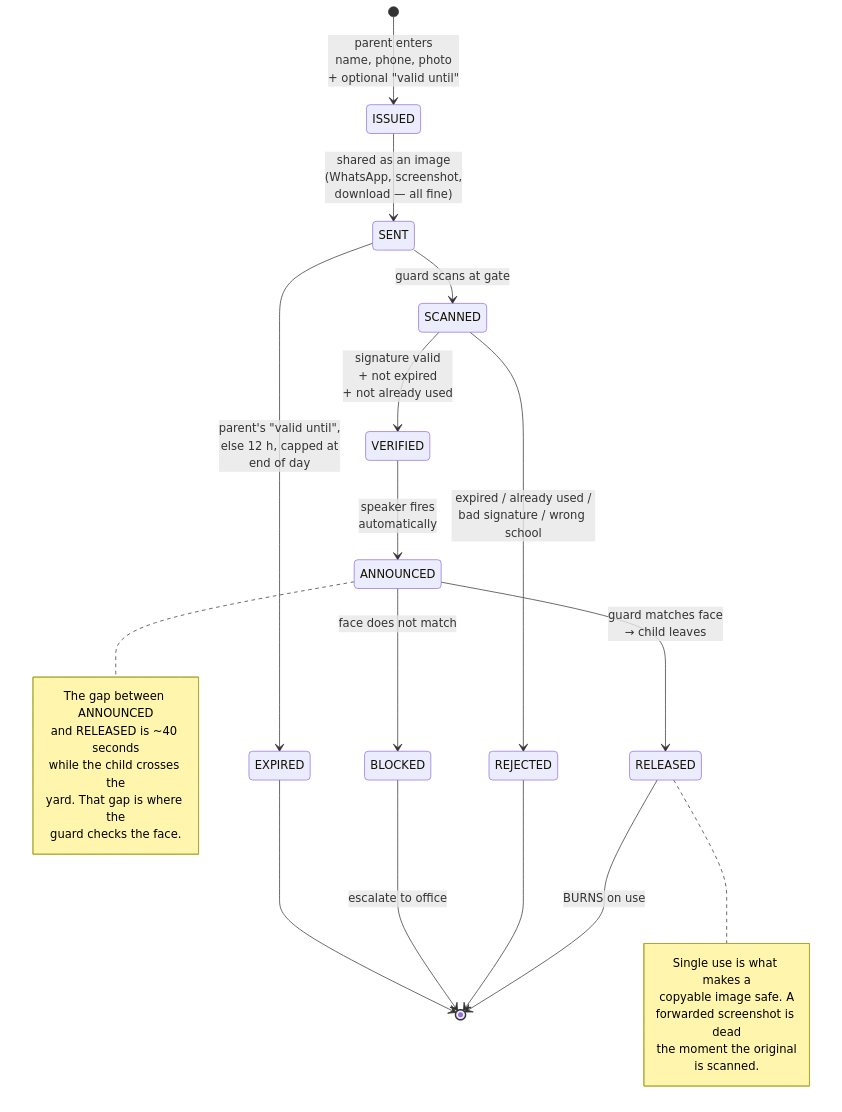
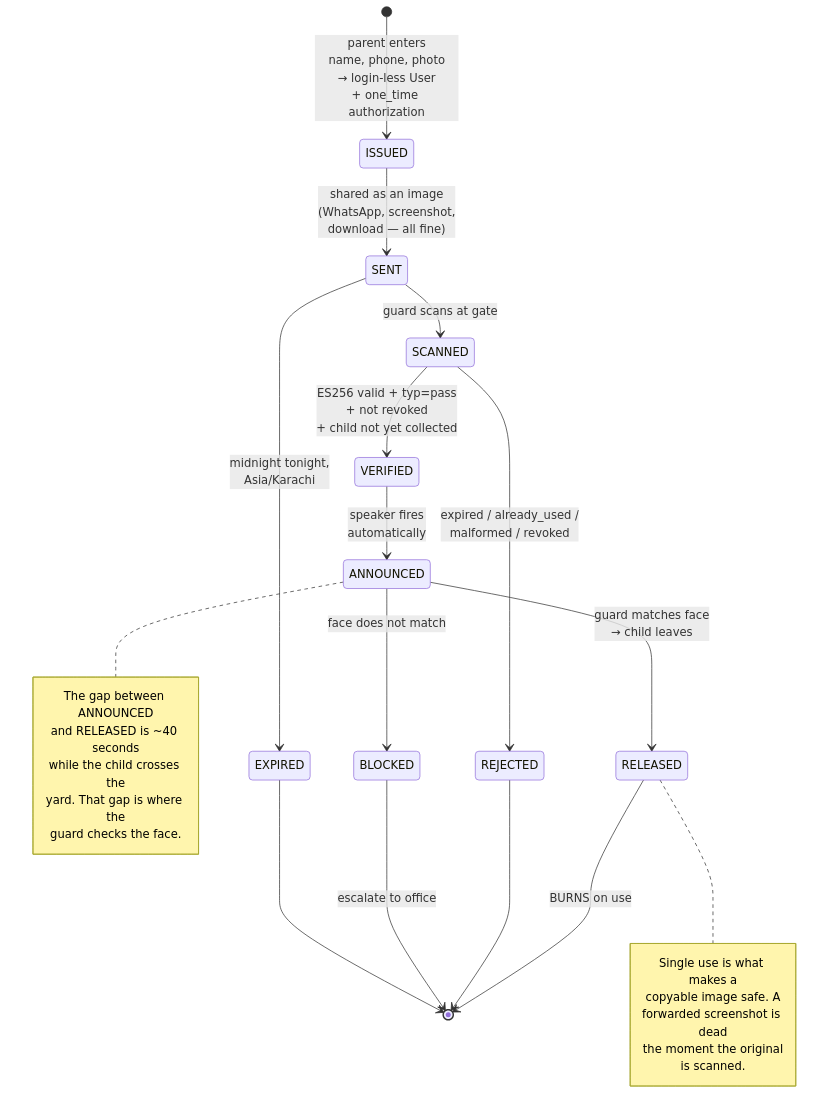
The sixth of 12 diagrams in docs/DIAGRAMS.md (Tehman700/Pasha_ICT_Project), drawn with Mermaid before and after one commit. The commit also changed other lines of this file, not shown here.

First line of the commit message:
Diagrams: notifications, shipped outsider pass, status vs 37c8487

````diff
--- a/docs/DIAGRAMS.md
+++ b/docs/DIAGRAMS.md
@@ -362,36 +372,36 @@
 ```mermaid
 stateDiagram-v2
-    [*] --> ISSUED: parent enters<br/>name, phone, photo<br/>+ optional "valid until"
+    [*] --> ISSUED: parent enters<br/>name, phone, photo<br/>→ login-less User<br/>+ one_time authorization
     ISSUED --> SENT: shared as an image<br/>(WhatsApp, screenshot,<br/>download — all fine)
     SENT --> SCANNED: guard scans at gate
 
-    SCANNED --> VERIFIED: signature valid<br/>+ not expired<br/>+ not already used
-    SCANNED --> REJECTED: expired / already used /<br/>bad signature / wrong school
+    SCANNED --> VERIFIED: ES256 valid + typ=pass<br/>+ not revoked<br/>+ child not yet collected
+    SCANNED --> REJECTED: expired / already_used /<br/>malformed / revoked
 
     VERIFIED --> ANNOUNCED: speaker fires<br/>automatically
     ANNOUNCED --> RELEASED: guard matches face<br/>→ child leaves
     ANNOUNCED --> BLOCKED: face does not match
 
     RELEASED --> [*]: BURNS on use
     REJECTED --> [*]
     BLOCKED --> [*]: escalate to office
 
-    SENT --> EXPIRED: parent's "valid until",<br/>else 12 h, capped at<br/>end of day
+    SENT --> EXPIRED: midnight tonight,<br/>Asia/Karachi
     EXPIRED --> [*]
 
     note right of ANNOUNCED
         The gap between ANNOUNCED
         and RELEASED is ~40 seconds
         while the child crosses the
         yard. That gap is where the
         guard checks the face.
     end note
 
     note right of RELEASED
         Single use is what makes a
         copyable image safe. A
         forwarded screenshot is dead
         the moment the original
         is scanned.
     end note
 ```
````
